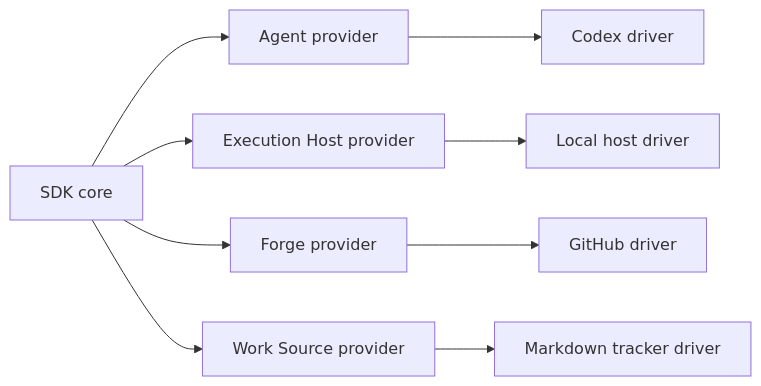
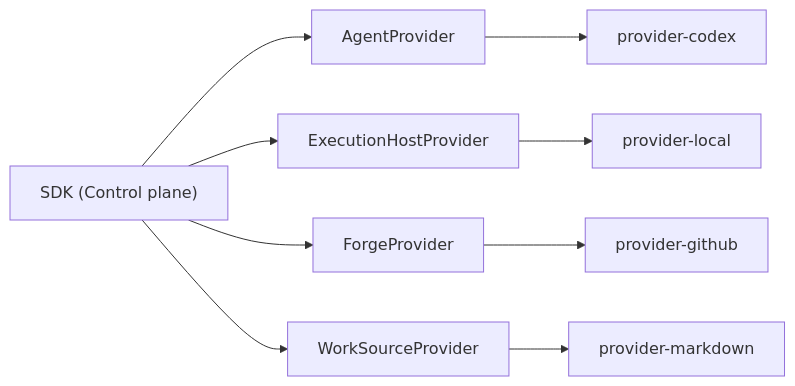
One commit to aryeko/agentic-workflow-kit changed the diagram in docs/design/10-architecture/provider-seams.md. Above: the diagram before and after it, drawn with Mermaid. The commit also changed other lines of this file and 46 other files, not shown here.

````diff
--- a/docs/design/10-architecture/provider-seams.md
+++ b/docs/design/10-architecture/provider-seams.md
@@ -5,12 +14,12 @@
 ```mermaid
 flowchart LR
-  SDK["SDK core"] --> Agent["Agent provider"]
-  SDK --> Host["Execution Host provider"]
-  SDK --> Forge["Forge provider"]
-  SDK --> Work["Work Source provider"]
+  SDK["SDK (Control plane)"] --> AG["AgentProvider"]
+  SDK --> EH["ExecutionHostProvider"]
+  SDK --> FG["ForgeProvider"]
+  SDK --> WS["WorkSourceProvider"]
 
-  Agent --> Codex["Codex driver"]
-  Host --> Local["Local host driver"]
-  Forge --> GitHub["GitHub driver"]
-  Work --> Markdown["Markdown tracker driver"]
+  AG --> Codex["provider-codex"]
+  EH --> Local["provider-local"]
+  FG --> GitHub["provider-github"]
+  WS --> Markdown["provider-markdown"]
 ```
````
